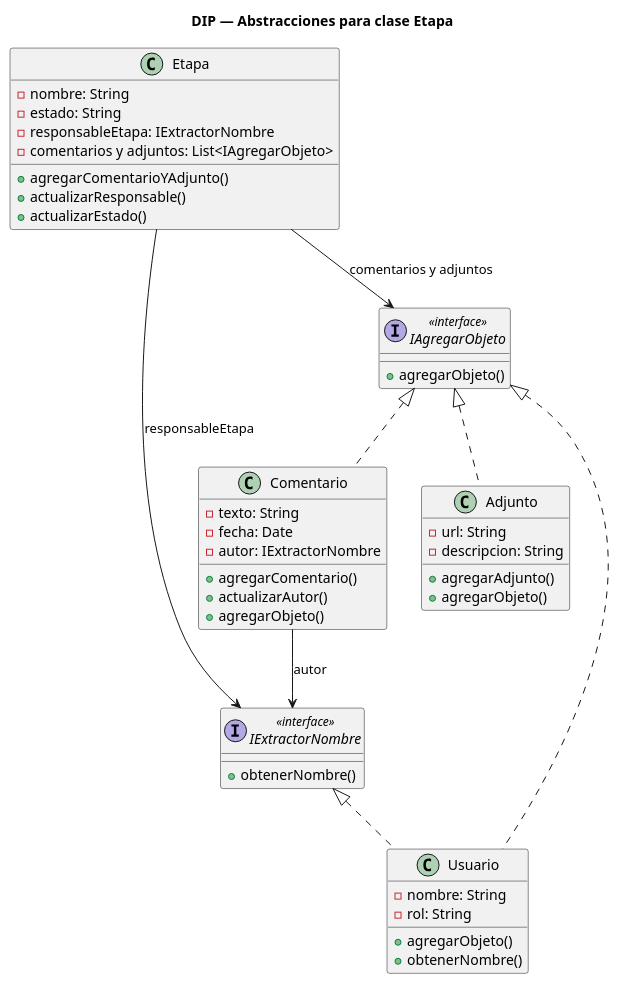
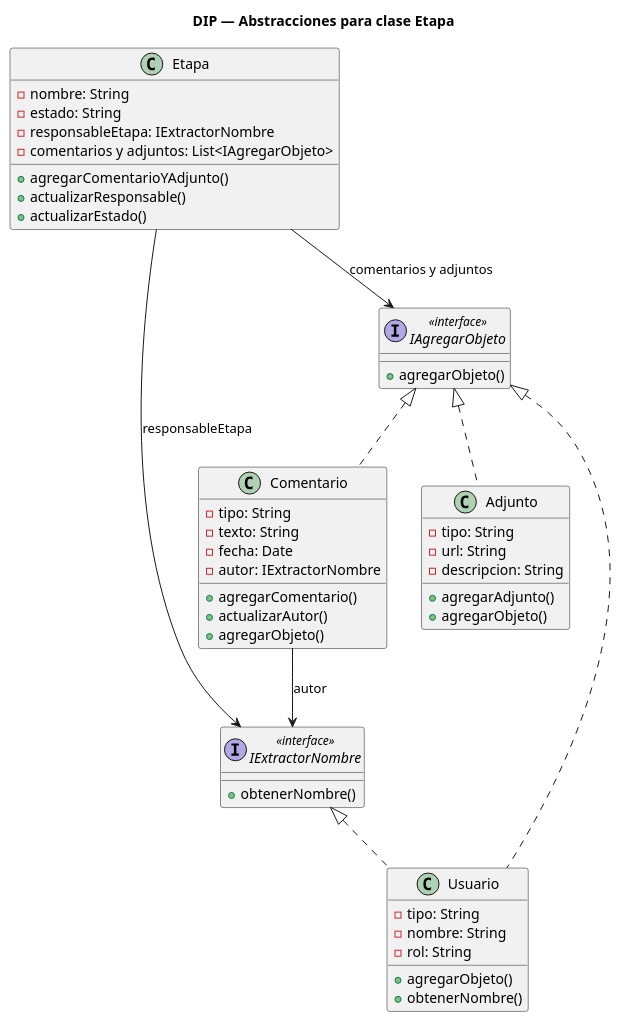
Before and after one commit to 9919-Mili/SistemaProductoraVideos: the diagram in diagramas/01-diagrama-clases/01-solid-05-dip.puml, drawn with PlantUML. The commit also changed 2 other files, not shown here.

```diff
--- a/diagramas/01-diagrama-clases/01-solid-05-dip.puml
+++ b/diagramas/01-diagrama-clases/01-solid-05-dip.puml
@@ -1,60 +1,63 @@
 @startuml 01-solid-05-dip
 title DIP — Abstracciones para clase Etapa
 
 interface IExtractorNombre <<interface>> {
   + obtenerNombre()
 }
 
 interface IAgregarObjeto <<interface>> {
   + agregarObjeto()
 }
 
 class Etapa {
   - nombre: String
   - estado: String
   - responsableEtapa: IExtractorNombre
   - comentarios y adjuntos: List<IAgregarObjeto>
   + agregarComentarioYAdjunto()
   + actualizarResponsable()
   + actualizarEstado()
 }
 
 class Usuario  {
+  - tipo: String
   - nombre: String
   - rol: String
 }
 class Comentario  {
+  - tipo: String
   - texto: String
   - fecha: Date
   - autor: IExtractorNombre
   + agregarComentario()
   + actualizarAutor()
 }
 
 class Adjunto  {
+  - tipo: String
   - url: String
   - descripcion: String
   + agregarAdjunto()
 }
 
 class Comentario implements IAgregarObjeto {
   + agregarObjeto()
 }
 
 class Adjunto implements IAgregarObjeto {
   + agregarObjeto()
 }
 
 class Usuario implements IAgregarObjeto {
   + agregarObjeto()
 }
 
 class Usuario implements IExtractorNombre {
   + obtenerNombre()
 }
 
 Etapa --> IAgregarObjeto : comentarios y adjuntos
 Etapa --> IExtractorNombre : responsableEtapa
 Comentario --> IExtractorNombre : autor
 
 @enduml
```
